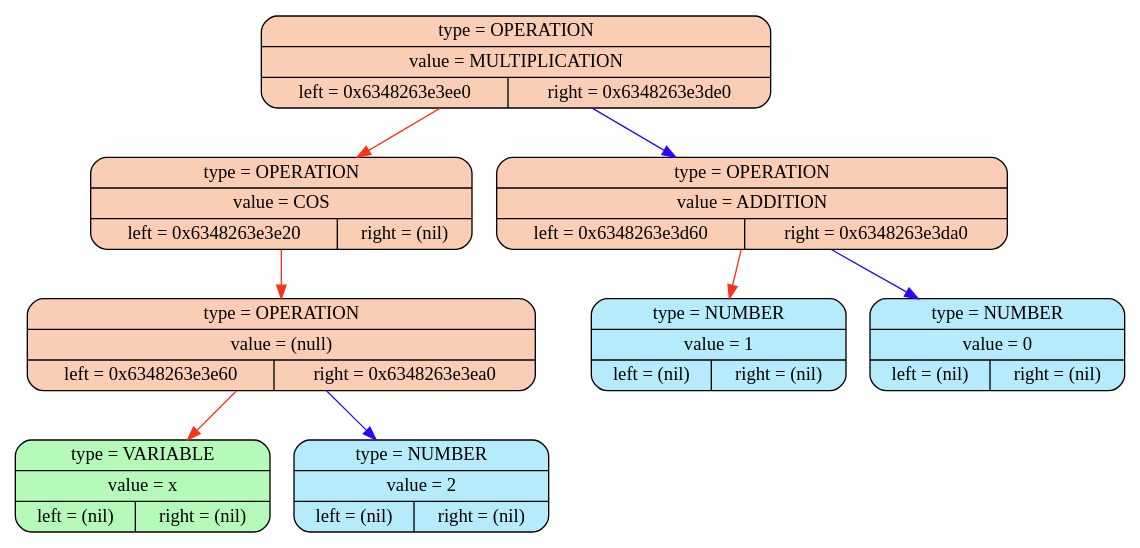
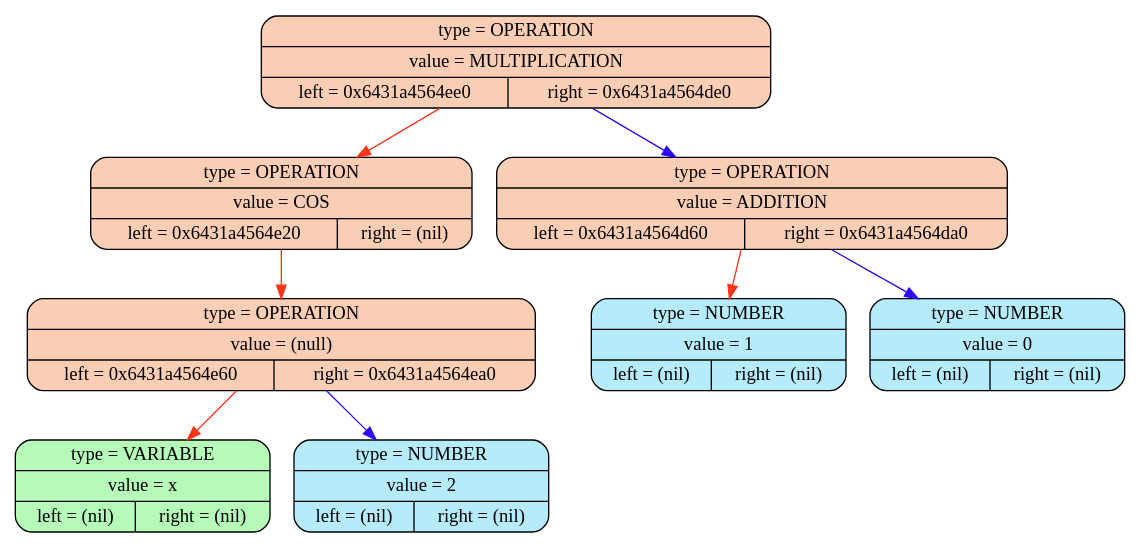
The diagram in differentiator/dot_files/diff.dot (DianaNikitina/diff), drawn with Graphviz before and after one commit. The commit also changed 11 other files, not shown here.

```diff
--- a/differentiator/dot_files/diff.dot
+++ b/differentiator/dot_files/diff.dot
@@ -1,18 +1,18 @@
 digraph structs {
 rankdir=TB;
-109161530408736 [shape=Mrecord; style = filled; fillcolor = "#facdb5ff"; color = "#030303ff"; label="{type = OPERATION | value = MULTIPLICATION | {left = 0x6348263e3ee0 | right = 0x6348263e3de0}}";]
-109161530408672 [shape=Mrecord; style = filled; fillcolor = "#facdb5ff"; color = "#030303ff"; label="{type = OPERATION | value = COS | {left = 0x6348263e3e20 | right = (nil)}}";]
-109161530408480 [shape=Mrecord; style = filled; fillcolor = "#facdb5ff"; color = "#030303ff"; label="{type = OPERATION | value = (null) | {left = 0x6348263e3e60 | right = 0x6348263e3ea0}}";]
-109161530408544 [shape=Mrecord; style = filled; fillcolor = "#b5fab8ff"; color = "#030303ff"; label="{type = VARIABLE | value = x | {left = (nil) | right = (nil)}}";]
-109161530408608 [shape=Mrecord; style = filled; fillcolor = "#b5ebfaff"; color = "#030303ff"; label="{type = NUMBER | value = 2 | {left = (nil) | right = (nil)}}";]
-109161530408416 [shape=Mrecord; style = filled; fillcolor = "#facdb5ff"; color = "#030303ff"; label="{type = OPERATION | value = ADDITION | {left = 0x6348263e3d60 | right = 0x6348263e3da0}}";]
-109161530408288 [shape=Mrecord; style = filled; fillcolor = "#b5ebfaff"; color = "#030303ff"; label="{type = NUMBER | value = 1 | {left = (nil) | right = (nil)}}";]
-109161530408352 [shape=Mrecord; style = filled; fillcolor = "#b5ebfaff"; color = "#030303ff"; label="{type = NUMBER | value = 0 | {left = (nil) | right = (nil)}}";]
-109161530408736->109161530408672[color = "#f93319ff"]
-109161530408736->109161530408416[color = "#2c07fdff"]
-109161530408672->109161530408480[color = "#f93319ff"]
-109161530408480->109161530408544[color = "#f93319ff"]
-109161530408480->109161530408608[color = "#2c07fdff"]
-109161530408416->109161530408288[color = "#f93319ff"]
-109161530408416->109161530408352[color = "#2c07fdff"]
+110164373294880 [shape=Mrecord; style = filled; fillcolor = "#facdb5ff"; color = "#030303ff"; label="{type = OPERATION | value = MULTIPLICATION | {left = 0x6431a4564ee0 | right = 0x6431a4564de0}}";]
+110164373294816 [shape=Mrecord; style = filled; fillcolor = "#facdb5ff"; color = "#030303ff"; label="{type = OPERATION | value = COS | {left = 0x6431a4564e20 | right = (nil)}}";]
+110164373294624 [shape=Mrecord; style = filled; fillcolor = "#facdb5ff"; color = "#030303ff"; label="{type = OPERATION | value = (null) | {left = 0x6431a4564e60 | right = 0x6431a4564ea0}}";]
+110164373294688 [shape=Mrecord; style = filled; fillcolor = "#b5fab8ff"; color = "#030303ff"; label="{type = VARIABLE | value = x | {left = (nil) | right = (nil)}}";]
+110164373294752 [shape=Mrecord; style = filled; fillcolor = "#b5ebfaff"; color = "#030303ff"; label="{type = NUMBER | value = 2 | {left = (nil) | right = (nil)}}";]
+110164373294560 [shape=Mrecord; style = filled; fillcolor = "#facdb5ff"; color = "#030303ff"; label="{type = OPERATION | value = ADDITION | {left = 0x6431a4564d60 | right = 0x6431a4564da0}}";]
+110164373294432 [shape=Mrecord; style = filled; fillcolor = "#b5ebfaff"; color = "#030303ff"; label="{type = NUMBER | value = 1 | {left = (nil) | right = (nil)}}";]
+110164373294496 [shape=Mrecord; style = filled; fillcolor = "#b5ebfaff"; color = "#030303ff"; label="{type = NUMBER | value = 0 | {left = (nil) | right = (nil)}}";]
+110164373294880->110164373294816[color = "#f93319ff"]
+110164373294880->110164373294560[color = "#2c07fdff"]
+110164373294816->110164373294624[color = "#f93319ff"]
+110164373294624->110164373294688[color = "#f93319ff"]
+110164373294624->110164373294752[color = "#2c07fdff"]
+110164373294560->110164373294432[color = "#f93319ff"]
+110164373294560->110164373294496[color = "#2c07fdff"]
 }
```
